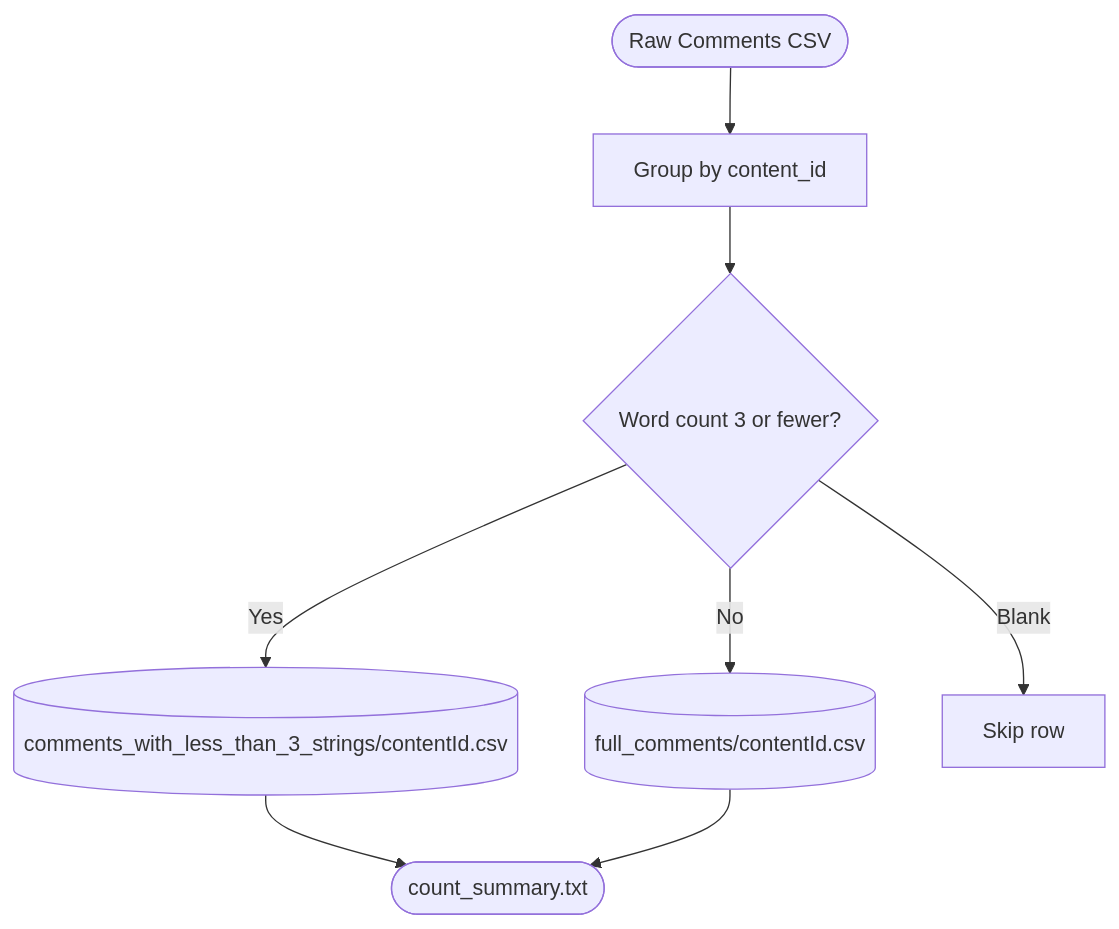
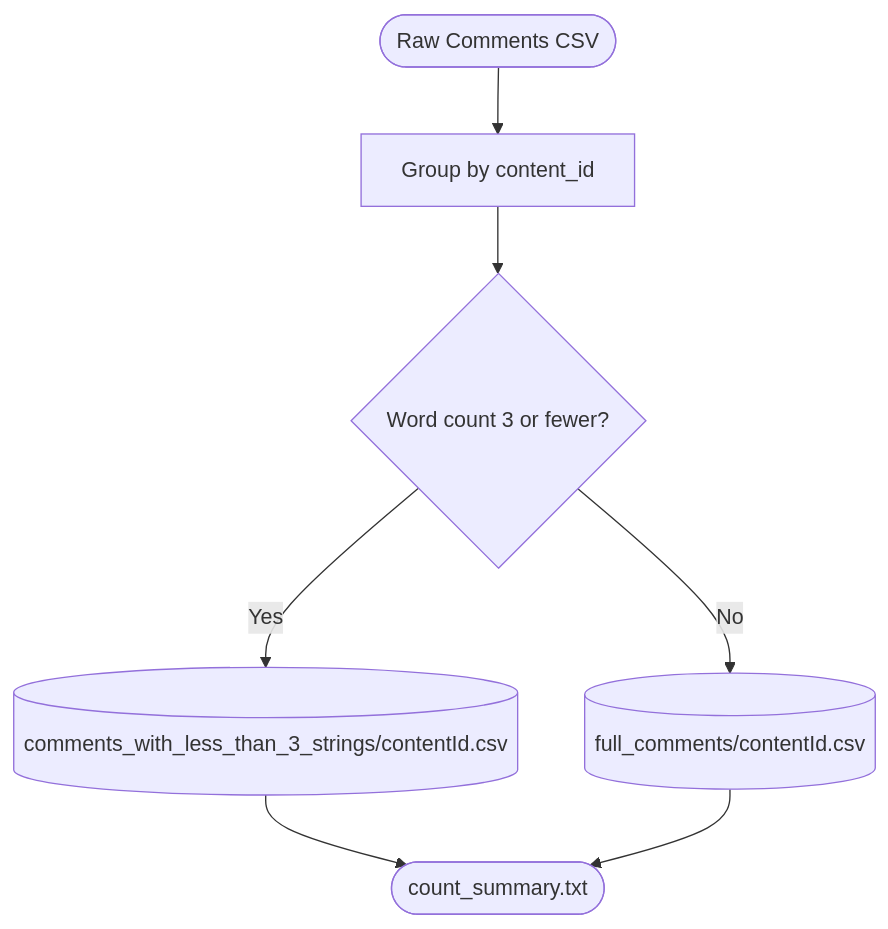
Before and after one commit to saipraneethmeduritarento/Sentiment_analysis_comments: the first of 4 diagrams in HLD_docs/high_level_documentation.md, drawn with Mermaid. The commit also changed other lines of this file, not shown here.

````diff
--- a/HLD_docs/high_level_documentation.md
+++ b/HLD_docs/high_level_documentation.md
@@ -34,10 +34,9 @@
 ```mermaid
 flowchart TD
     A([Raw Comments CSV]) --> B[Group by content_id]
     B --> C{Word count 3 or fewer?}
     C -- Yes --> D[(comments_with_less_than_3_strings/contentId.csv)]
     C -- No --> E[(full_comments/contentId.csv)]
-    C -- Blank --> F[Skip row]
     D --> G([count_summary.txt])
     E --> G
 ```
````
